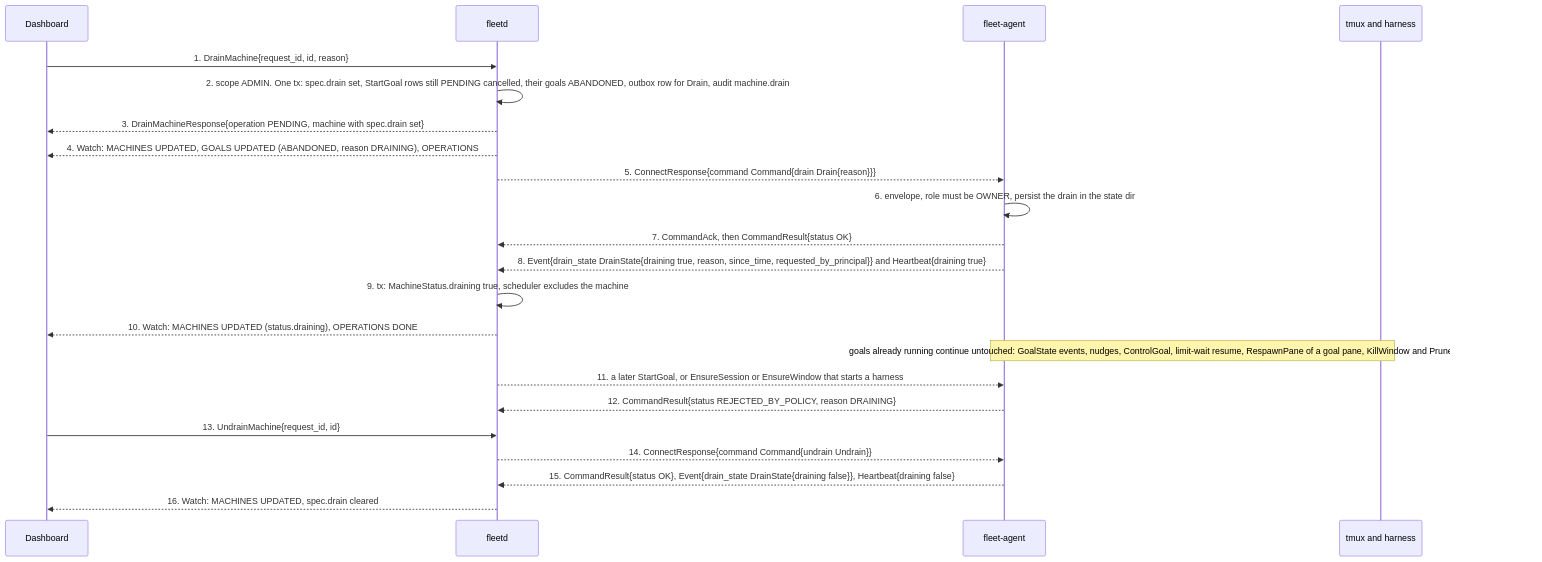
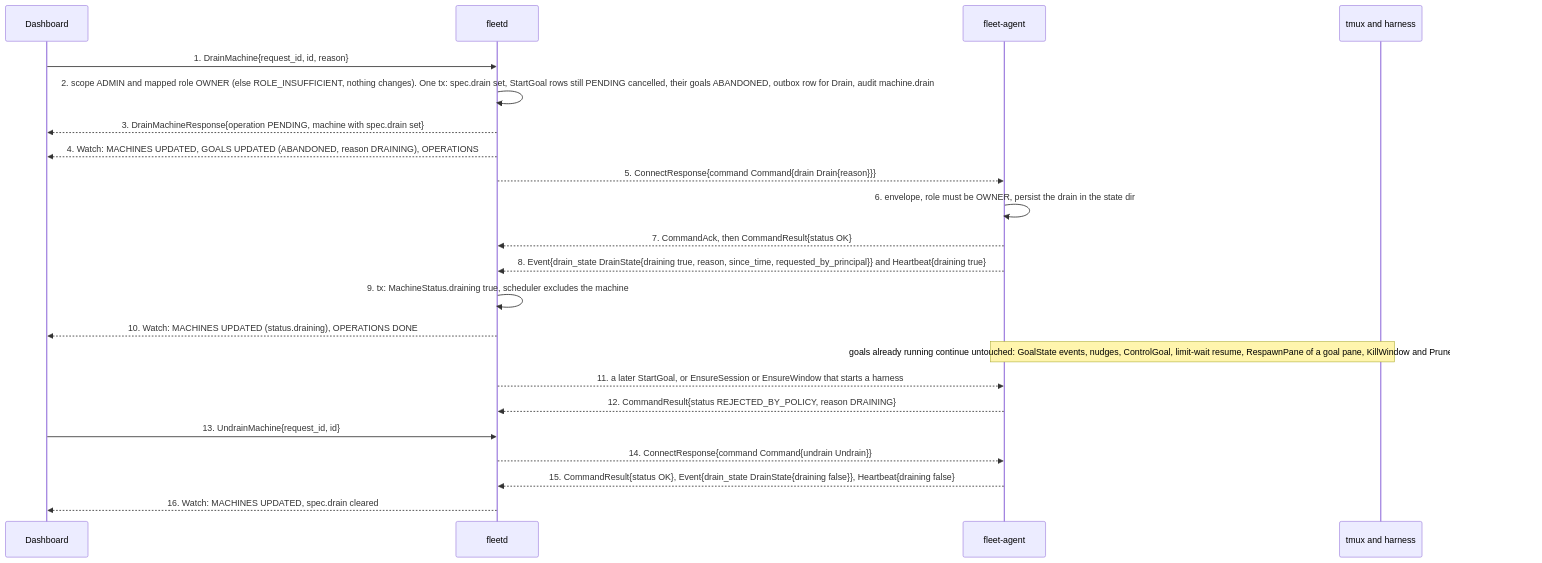
The fifth of 5 diagrams in docs/flows/dashboard-hub-agent-3.md (linuxdynasty/fleet-board), drawn with Mermaid before and after one commit. The commit also changed other lines of this file and 48 other files, not shown here.

````diff
--- a/docs/flows/dashboard-hub-agent-3.md
+++ b/docs/flows/dashboard-hub-agent-3.md
@@ -282,24 +285,24 @@
 ```mermaid
 sequenceDiagram
   participant D as Dashboard
   participant H as fleetd
   participant A as fleet-agent
   participant T as tmux and harness
   D->>H: 1. DrainMachine{request_id, id, reason}
-  H->>H: 2. scope ADMIN. One tx: spec.drain set, StartGoal rows still PENDING cancelled, their goals ABANDONED, outbox row for Drain, audit machine.drain
+  H->>H: 2. scope ADMIN and mapped role OWNER (else ROLE_INSUFFICIENT, nothing changes). One tx: spec.drain set, StartGoal rows still PENDING cancelled, their goals ABANDONED, outbox row for Drain, audit machine.drain
   H-->>D: 3. DrainMachineResponse{operation PENDING, machine with spec.drain set}
   H-->>D: 4. Watch: MACHINES UPDATED, GOALS UPDATED (ABANDONED, reason DRAINING), OPERATIONS
   H-->>A: 5. ConnectResponse{command Command{drain Drain{reason}}}
   A->>A: 6. envelope, role must be OWNER, persist the drain in the state dir
   A-->>H: 7. CommandAck, then CommandResult{status OK}
   A-->>H: 8. Event{drain_state DrainState{draining true, reason, since_time, requested_by_principal}} and Heartbeat{draining true}
   H->>H: 9. tx: MachineStatus.draining true, scheduler excludes the machine
   H-->>D: 10. Watch: MACHINES UPDATED (status.draining), OPERATIONS DONE
   Note over A,T: goals already running continue untouched: GoalState events, nudges, ControlGoal, limit-wait resume, RespawnPane of a goal pane, KillWindow and PruneWorktree after merge
   H-->>A: 11. a later StartGoal, or EnsureSession or EnsureWindow that starts a harness
   A-->>H: 12. CommandResult{status REJECTED_BY_POLICY, reason DRAINING}
   D->>H: 13. UndrainMachine{request_id, id}
   H-->>A: 14. ConnectResponse{command Command{undrain Undrain}}
   A-->>H: 15. CommandResult{status OK}, Event{drain_state DrainState{draining false}}, Heartbeat{draining false}
   H-->>D: 16. Watch: MACHINES UPDATED, spec.drain cleared
 ```
````
